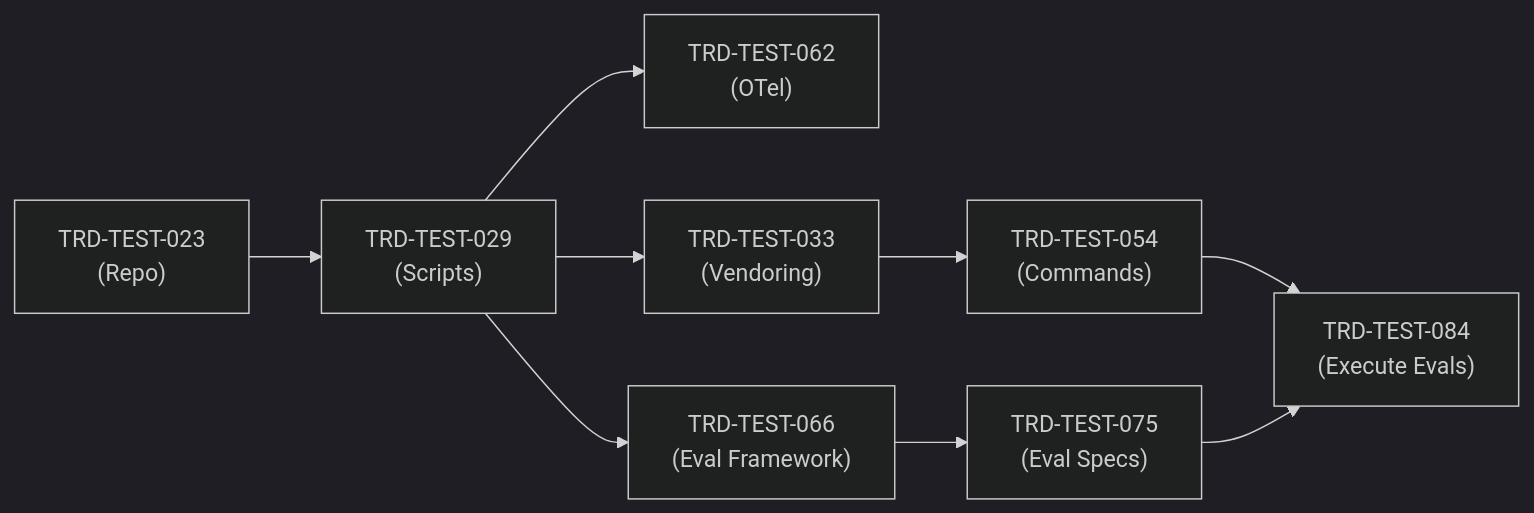
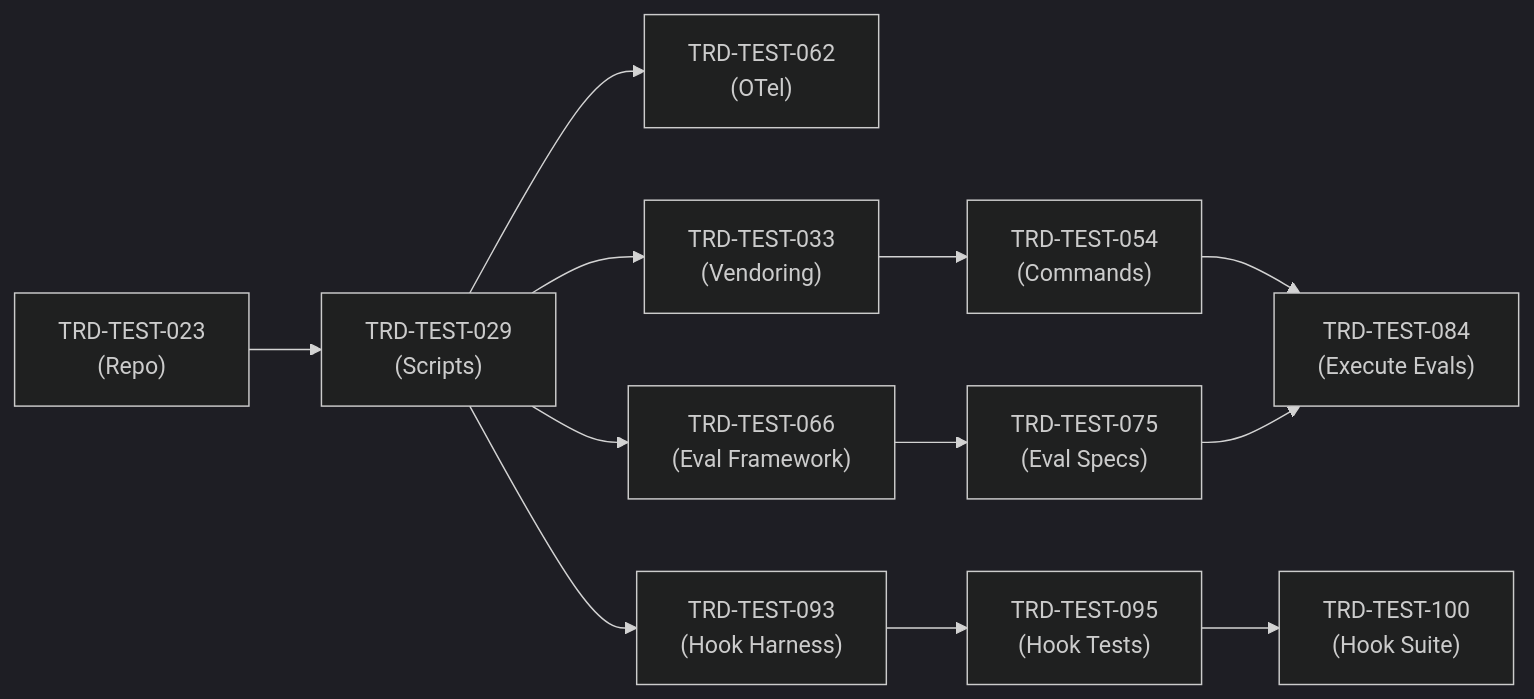
Before and after one commit to FortiumPartners/ensemble: the ninth of 10 diagrams in docs/TRD/testing-phase.md, drawn with Mermaid (dark theme). The commit also changed other lines of this file and 2036 other files, not shown here.

````diff
--- a/docs/TRD/testing-phase.md
+++ b/docs/TRD/testing-phase.md
@@ -2604,11 +2746,14 @@
 ```mermaid
 flowchart LR
     TRD-TEST-023["TRD-TEST-023<br/>(Repo)"] --> TRD-TEST-029["TRD-TEST-029<br/>(Scripts)"]
     TRD-TEST-029 --> TRD-TEST-062["TRD-TEST-062<br/>(OTel)"]
     TRD-TEST-029 --> TRD-TEST-033["TRD-TEST-033<br/>(Vendoring)"]
     TRD-TEST-029 --> TRD-TEST-066["TRD-TEST-066<br/>(Eval Framework)"]
     TRD-TEST-033 --> TRD-TEST-054["TRD-TEST-054<br/>(Commands)"]
     TRD-TEST-066 --> TRD-TEST-075["TRD-TEST-075<br/>(Eval Specs)"]
     TRD-TEST-054 --> TRD-TEST-084["TRD-TEST-084<br/>(Execute Evals)"]
     TRD-TEST-075 --> TRD-TEST-084
+    TRD-TEST-029 --> TRD-TEST-093["TRD-TEST-093<br/>(Hook Harness)"]
+    TRD-TEST-093 --> TRD-TEST-095["TRD-TEST-095<br/>(Hook Tests)"]
+    TRD-TEST-095 --> TRD-TEST-100["TRD-TEST-100<br/>(Hook Suite)"]
 ```
````
